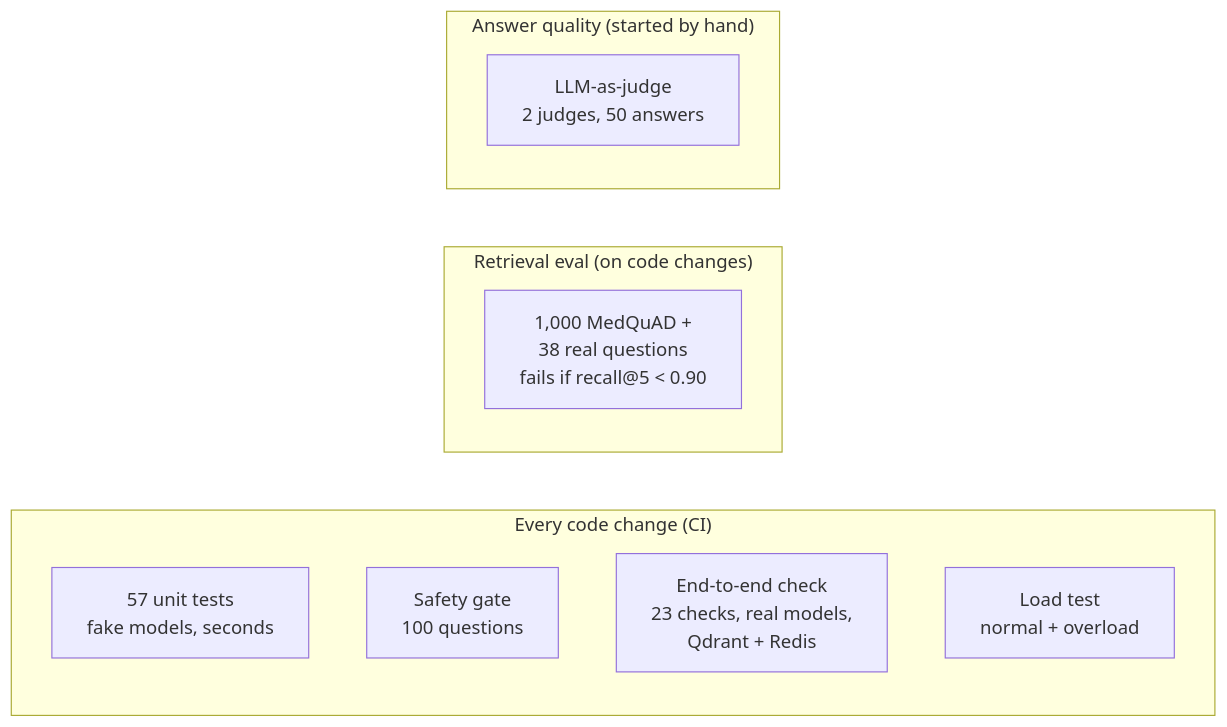
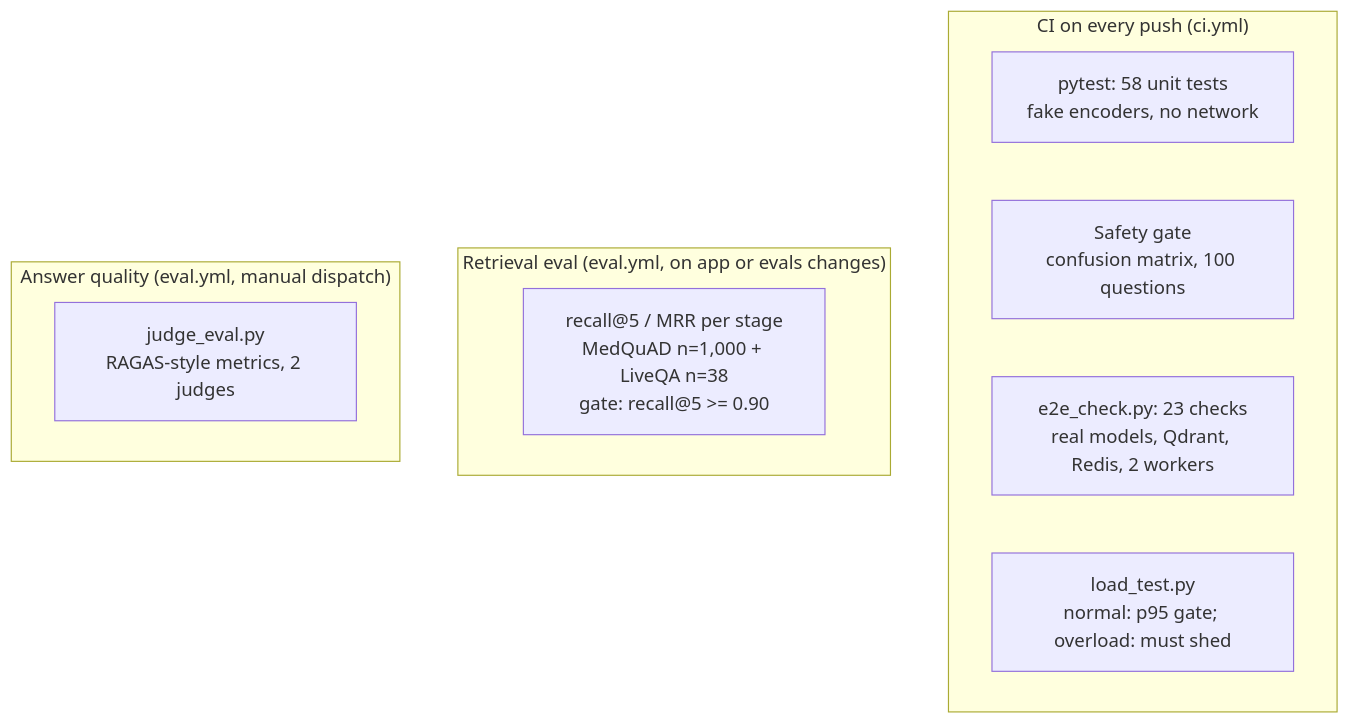
One commit to pavanaditya123/healthcare-rag-assistant changed the seventh of 13 diagrams in README.md. Above: the diagram before and after it, drawn with Mermaid. The commit also changed other lines of this file, not shown here.

Commit message:
README: technical diagrams per component, each followed by an everyday explanation

````diff
--- a/README.md
+++ b/README.md
@@ -401,15 +391,15 @@
 ```mermaid
-flowchart LR
-    subgraph ci["Every code change (CI)"]
-        UT["57 unit tests<br/>fake models, seconds"]
-        SG["Safety gate<br/>100 questions"]
-        E2E["End-to-end check<br/>23 checks, real models,<br/>Qdrant + Redis"]
-        LT["Load test<br/>normal + overload"]
+flowchart TD
+    subgraph ci["CI on every push (ci.yml)"]
+        UT["pytest: 58 unit tests<br/>fake encoders, no network"]
+        SG["Safety gate<br/>confusion matrix, 100 questions"]
+        E2E["e2e_check.py: 23 checks<br/>real models, Qdrant, Redis, 2 workers"]
+        LT["load_test.py<br/>normal: p95 gate; overload: must shed"]
     end
-    subgraph rev["Retrieval eval (on code changes)"]
-        RE["1,000 MedQuAD +<br/>38 real questions<br/>fails if recall@5 < 0.90"]
+    subgraph ev["Retrieval eval (eval.yml, on app or evals changes)"]
+        RE["recall@5 / MRR per stage<br/>MedQuAD n=1,000 + LiveQA n=38<br/>gate: recall@5 >= 0.90"]
     end
-    subgraph judge["Answer quality (started by hand)"]
-        JE["LLM-as-judge<br/>2 judges, 50 answers"]
+    subgraph jd["Answer quality (eval.yml, manual dispatch)"]
+        JE["judge_eval.py<br/>RAGAS-style metrics, 2 judges"]
     end
 ```
````
